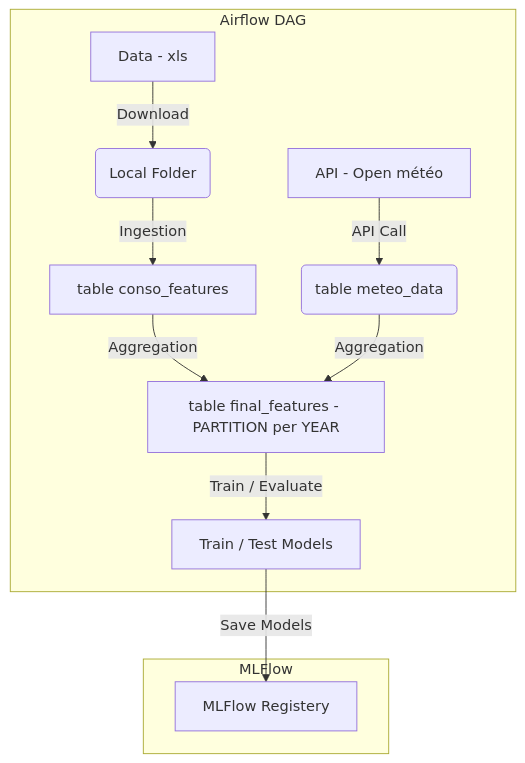
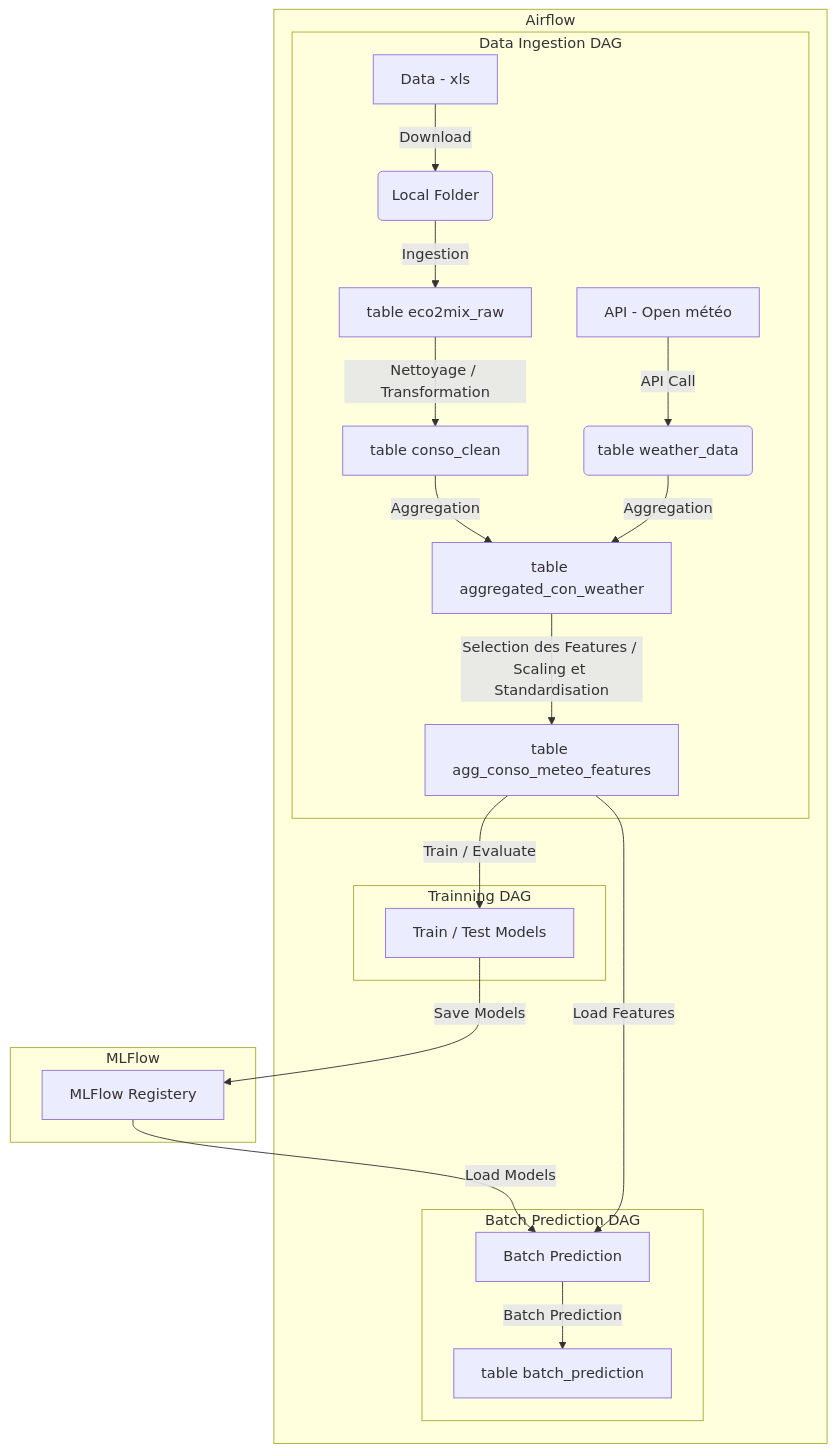
One commit to s-candido/EDF-mspr3 changed the diagram in README.md. Above: the diagram before and after it, drawn with Mermaid.

Commit message:
style: :art: update Chart in README

````diff
--- a/README.md
+++ b/README.md
@@ -146,15 +146,26 @@
 ```mermaid
 flowchart TD
     subgraph MLFlow
         G[MLFlow Registery]
     end
-    subgraph Airflow DAG
-        T[API - Open météo] -->|API Call| E(table meteo_data)
-        A[Data - xls] -->|Download| B(Local Folder)
-        B -->|Ingestion| C[table conso_features]
-        C -->|Aggregation| D
-        E -->|Aggregation| D[table final_features - PARTITION per YEAR]
-        D -->|Train / Evaluate| F[Train / Test Models]
-        F -->|Save Models| G
+    subgraph Airflow
+        subgraph Data Ingestion DAG
+            T[API - Open météo] -->|API Call| E(table weather_data)
+            A[Data - xls] -->|Download| B(Local Folder)
+            B -->|Ingestion| C[table eco2mix_raw]
+            C -->|Nettoyage / Transformation| C1[table conso_clean]
+            C1 -->|Aggregation| D
+            E -->|Aggregation| D[table aggregated_con_weather]
+            D-->|Selection des Features / Scaling et Standardisation| D1[table agg_conso_meteo_features]
+        end
+        subgraph Trainning DAG
+            D1 -->|Train / Evaluate| F[Train / Test Models]
+            F -->|Save Models| G
+        end
+        subgraph Batch Prediction DAG
+            G -->|Load Models| H[Batch Prediction]
+            D1 -->|Load Features| H
+            H -->|Batch Prediction| I[table batch_prediction]
+        end
     end
 ```
````
